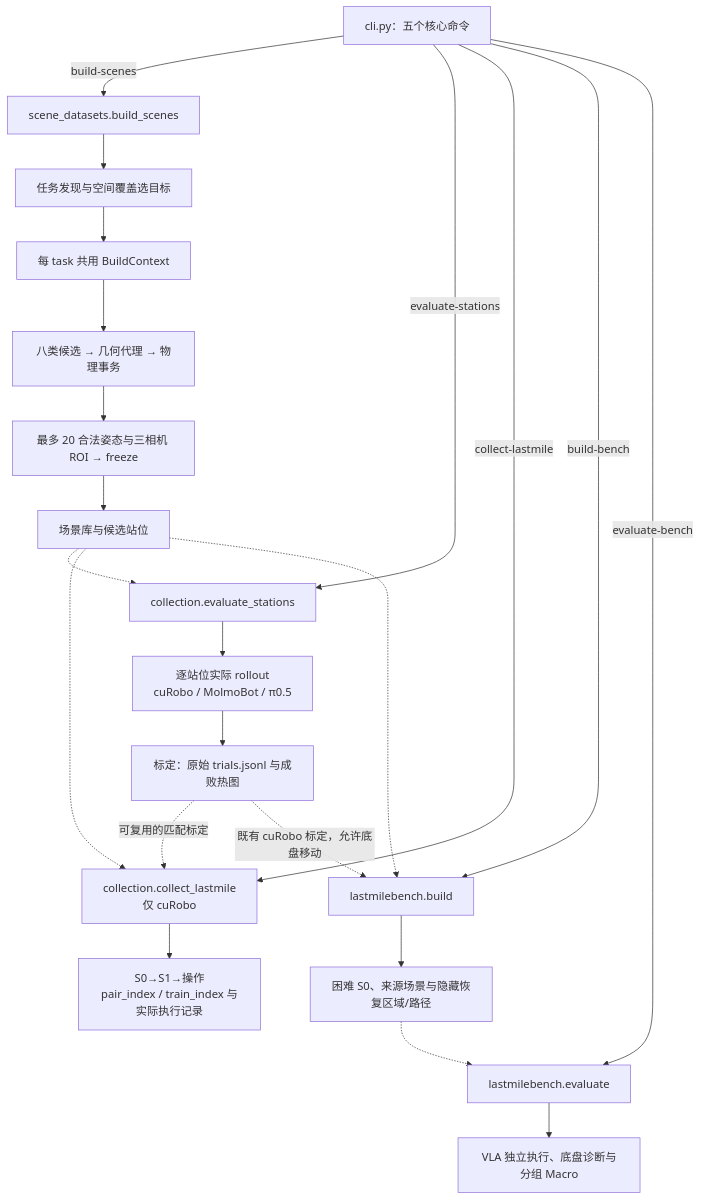
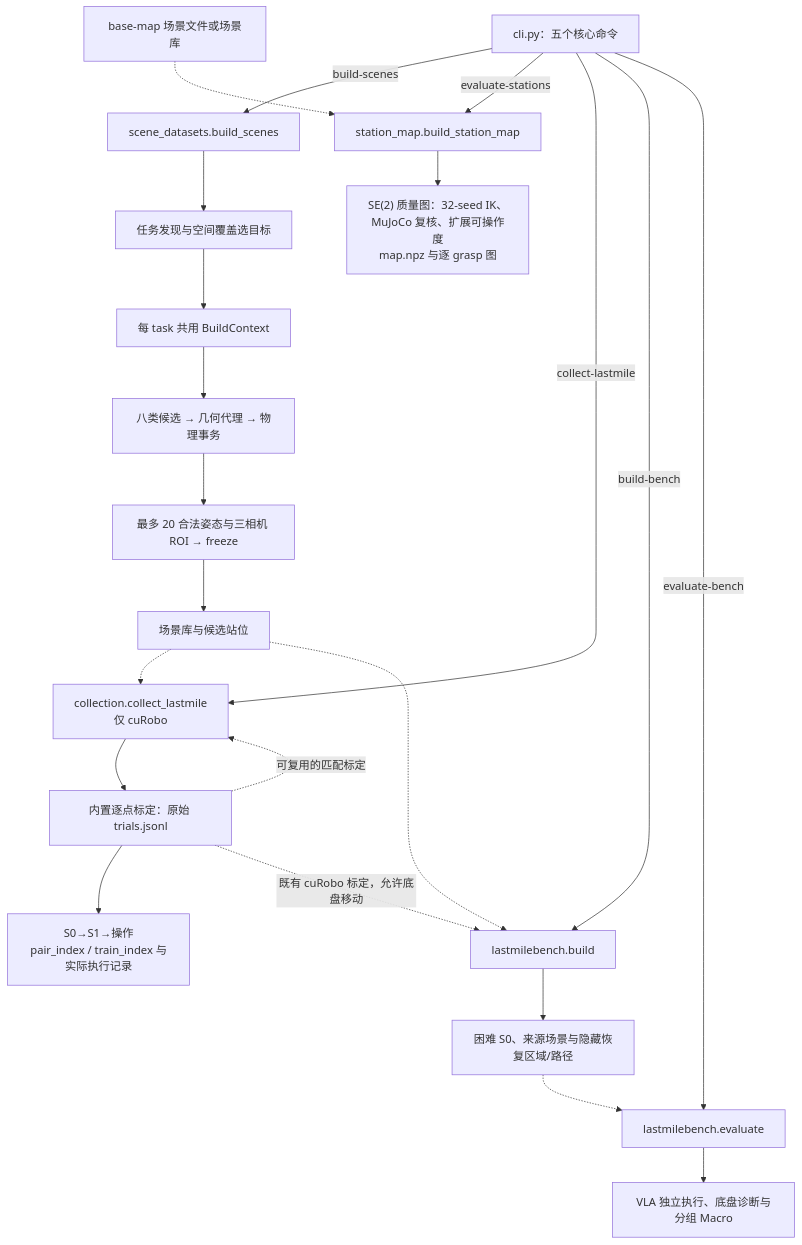
One commit to yifanwin/LastMileDataFlow changed the first of 2 diagrams in docs/architecture.md. Above: the diagram before and after it, drawn with Mermaid. The commit also changed other lines of this file and 50 other files, not shown here.

Commit message:
feat: add base placement quality maps based on end-effector poses

````diff
--- a/docs/architecture.md
+++ b/docs/architecture.md
@@ -103,28 +106,28 @@
 ```mermaid
 flowchart TD
     CLI["cli.py：五个核心命令"]
     CLI -->|build-scenes| BUILD["scene_datasets.build_scenes"]
     BUILD --> DISC["任务发现与空间覆盖选目标"]
     DISC --> CTX["每 task 共用 BuildContext"]
     CTX --> MODES["八类候选 → 几何代理 → 物理事务"]
     MODES --> SAVE["最多 20 合法姿态与三相机 ROI → freeze"]
     SAVE --> DATASET["场景库与候选站位"]
 
-    CLI -->|evaluate-stations| EVAL["collection.evaluate_stations"]
-    DATASET -.-> EVAL
-    EVAL --> TRIALS["逐站位实际 rollout<br/>cuRobo / MolmoBot / π0.5"]
-    TRIALS --> CAL["标定：原始 trials.jsonl 与成败热图"]
+    CLI -->|evaluate-stations| MAP["station_map.build_station_map"]
+    SOURCE["base-map 场景文件或场景库"] -.-> MAP
+    MAP --> QUALITY["SE(2) 质量图：32-seed IK、MuJoCo 复核、扩展可操作度<br/>map.npz 与逐 grasp 图"]
 
     CLI -->|collect-lastmile| COLLECT["collection.collect_lastmile<br/>仅 cuRobo"]
     DATASET -.-> COLLECT
+    COLLECT --> CAL["内置逐点标定：原始 trials.jsonl"]
     CAL -.->|可复用的匹配标定| COLLECT
-    COLLECT --> EPISODES["S0→S1→操作<br/>pair_index / train_index 与实际执行记录"]
+    CAL --> EPISODES["S0→S1→操作<br/>pair_index / train_index 与实际执行记录"]
 
     CLI -->|build-bench| BENCH["lastmilebench.build"]
     DATASET -.-> BENCH
     CAL -.->|既有 cuRobo 标定，允许底盘移动| BENCH
     BENCH --> NATIVE["困难 S0、来源场景与隐藏恢复区域/路径"]
     CLI -->|evaluate-bench| POLICY["lastmilebench.evaluate"]
     NATIVE -.-> POLICY
     POLICY --> RESULT["VLA 独立执行、底盘诊断与分组 Macro"]
 ```
````
